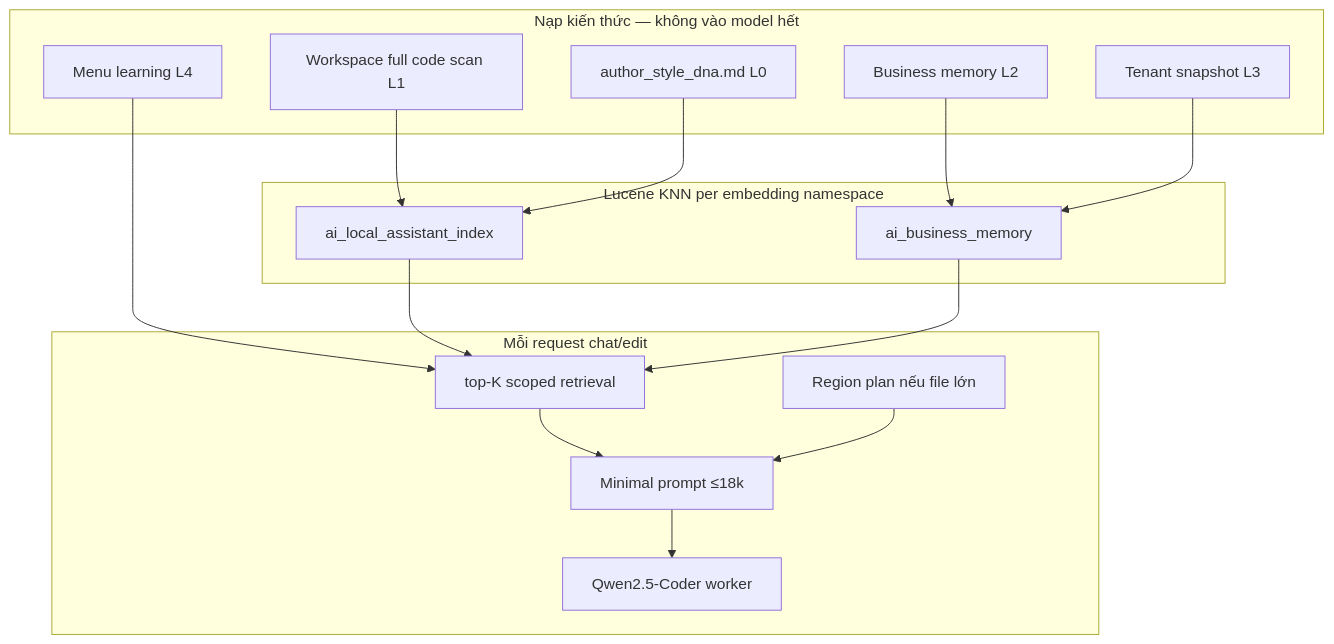
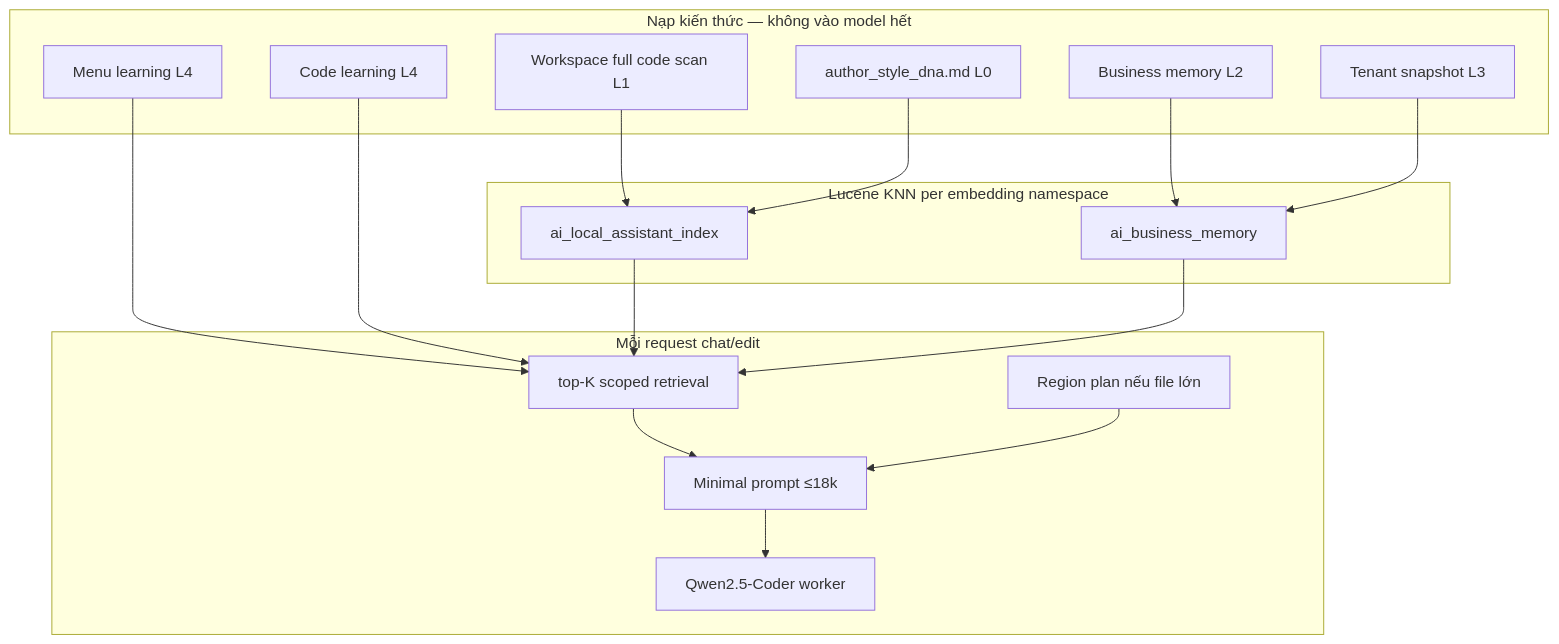
The fifth of 22 diagrams in CSM_AI_LOCAL_CURSOR_MASTER_BRIEF.md (codsycorp/csm_java_react), drawn with Mermaid before and after one commit. The commit also changed other lines of this file and 15 other files, not shown here.

First line of the commit message:
Add code learning memory, BM25 hybrid RAG, and token streaming with TTFT.

````diff
--- a/CSM_AI_LOCAL_CURSOR_MASTER_BRIEF.md
+++ b/CSM_AI_LOCAL_CURSOR_MASTER_BRIEF.md
@@ -2097,30 +2123,32 @@
 ```mermaid
 flowchart TB
     subgraph ingest [Nạp kiến thức — không vào model hết]
         W[Workspace full code scan L1]
         B[Business memory L2]
         T[Tenant snapshot L3]
         M[Menu learning L4]
+        C[Code learning L4]
         A[author_style_dna.md L0]
     end
     subgraph store [Lucene KNN per embedding namespace]
         IX1[ai_local_assistant_index]
         IX2[ai_business_memory]
     end
     subgraph query [Mỗi request chat/edit]
         RAG[top-K scoped retrieval]
         RP[Region plan nếu file lớn]
         PR[Minimal prompt ≤18k]
         LLM[Qwen2.5-Coder worker]
     end
     W --> IX1
     B --> IX2
     T --> IX2
     M --> RAG
+    C --> RAG
     A --> IX1
     IX1 --> RAG
     IX2 --> RAG
     RAG --> PR
     RP --> PR
     PR --> LLM
 ```
````
